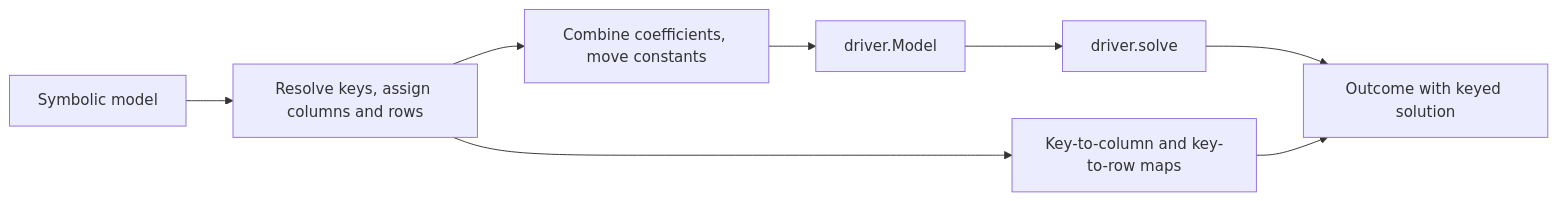
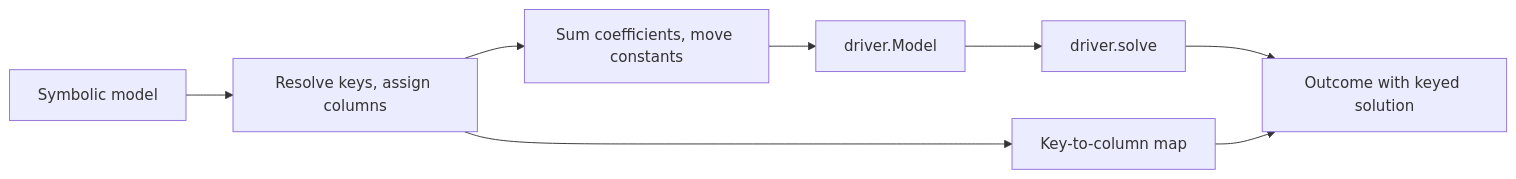
One commit to heinosoo/vahvel changed the second of 2 diagrams in ARCHITECTURE.md. Above: the diagram before and after it, drawn with Mermaid. The commit also changed other lines of this file and 4 other files, not shown here.

````diff
--- a/ARCHITECTURE.md
+++ b/ARCHITECTURE.md
@@ -40,10 +42,10 @@
 ```mermaid
 flowchart LR
-  A[Symbolic model] --> B[Resolve keys, assign columns and rows]
-  B --> C[Combine coefficients, move constants]
+  A[Symbolic model] --> B[Resolve keys, assign columns]
+  B --> C[Sum coefficients, move constants]
   C --> D[driver.Model]
-  B --> E[Key-to-column and key-to-row maps]
+  B --> E[Key-to-column map]
   D --> F[driver.solve]
   F --> G[Outcome with keyed solution]
   E --> G
 ```
````
